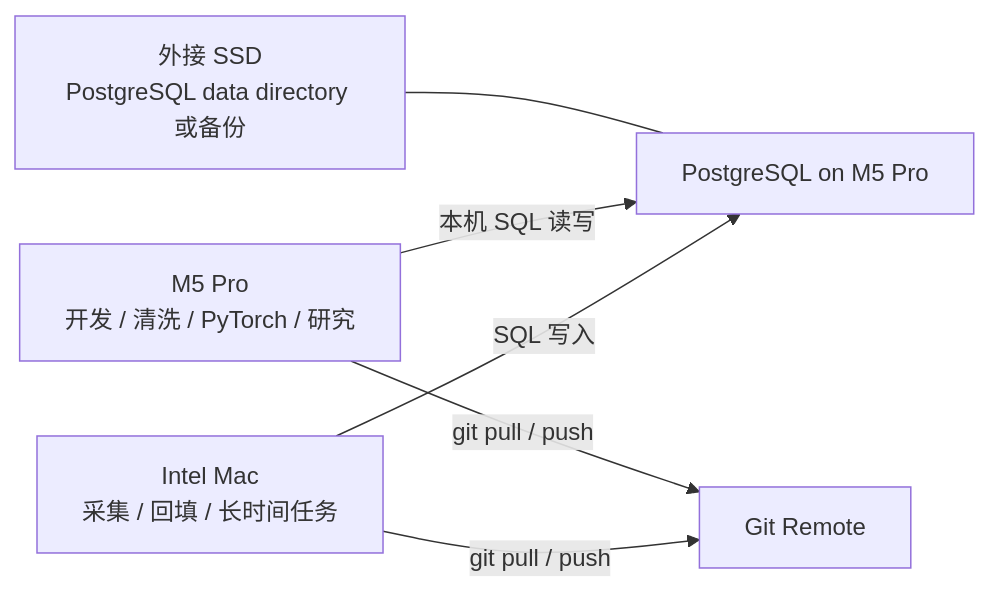
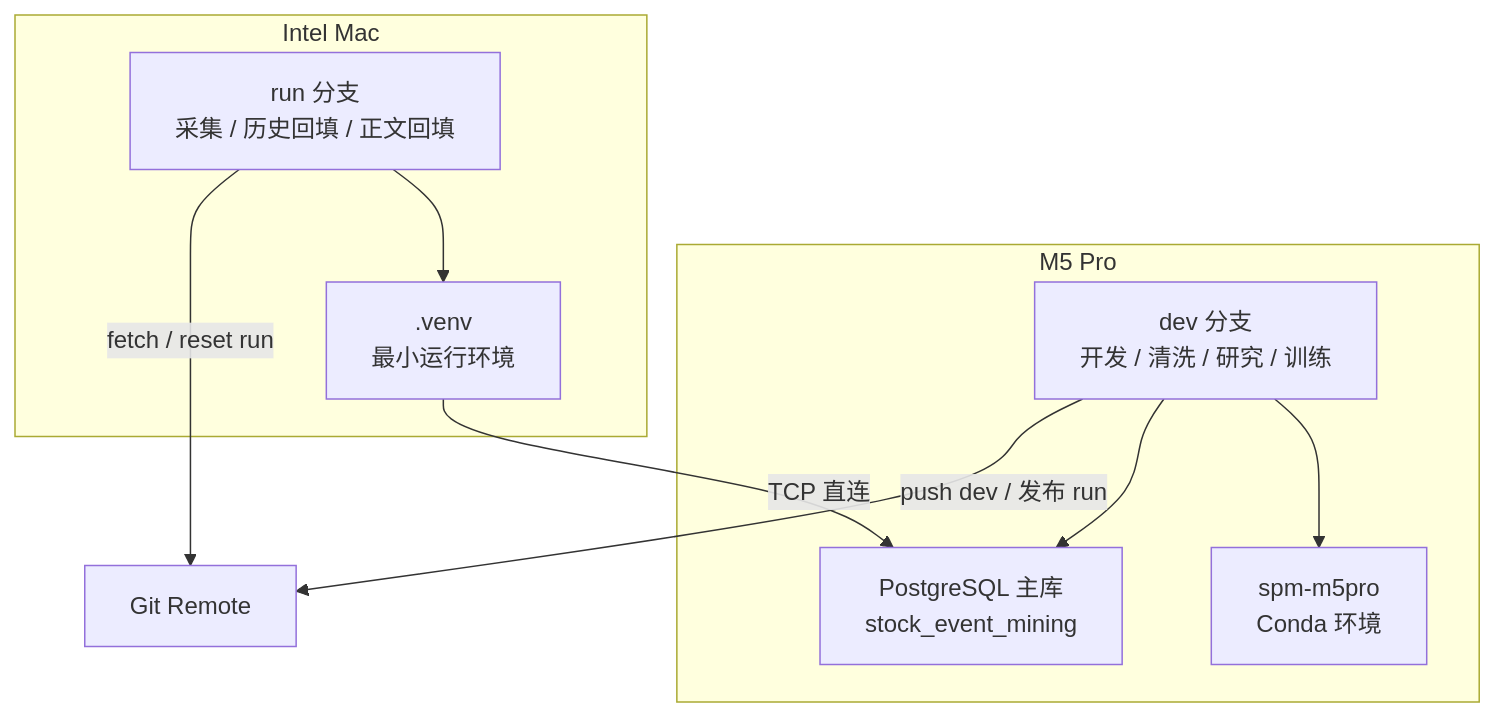
One commit to Timcai06/SPM changed the first of 2 diagrams in DUAL_MACHINE_ARCHITECTURE.md. Above: the diagram before and after it, drawn with Mermaid. The commit also changed other lines of this file and 1 other file, not shown here.

````diff
--- a/DUAL_MACHINE_ARCHITECTURE.md
+++ b/DUAL_MACHINE_ARCHITECTURE.md
@@ -54,8 +23,22 @@
 ```mermaid
-flowchart LR
-  A["Intel Mac<br/>采集 / 回填 / 长时间任务"] -->|SQL 写入| B["PostgreSQL on M5 Pro"]
-  C["M5 Pro<br/>开发 / 清洗 / PyTorch / 研究"] -->|本机 SQL 读写| B
-  E["外接 SSD<br/>PostgreSQL data directory 或备份"] --- B
-  A -->|git pull / push| D["Git Remote"]
-  C -->|git pull / push| D
+flowchart TD
+    subgraph M5["M5 Pro"]
+        A["dev 分支<br/>开发 / 清洗 / 研究 / 训练"]
+        B["PostgreSQL 主库<br/>stock_event_mining"]
+        C["spm-m5pro<br/>Conda 环境"]
+    end
+
+    subgraph Intel["Intel Mac"]
+        D["run 分支<br/>采集 / 历史回填 / 正文回填"]
+        E[".venv<br/>最小运行环境"]
+    end
+
+    F["Git Remote"]
+
+    A --> C
+    A --> B
+    D --> E
+    E -->|TCP 直连| B
+    A -->|push dev / 发布 run| F
+    D -->|fetch / reset run| F
 ```
````
